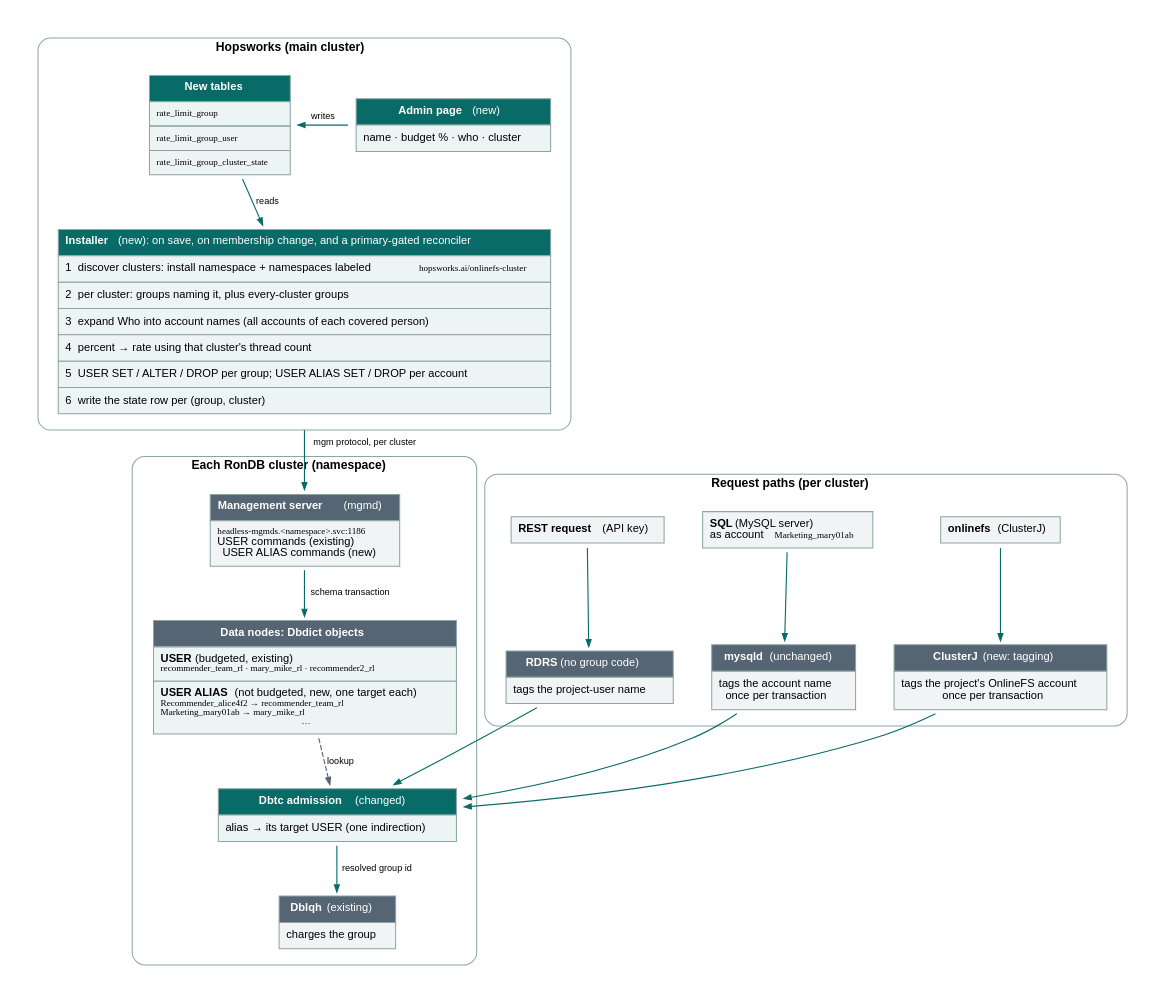
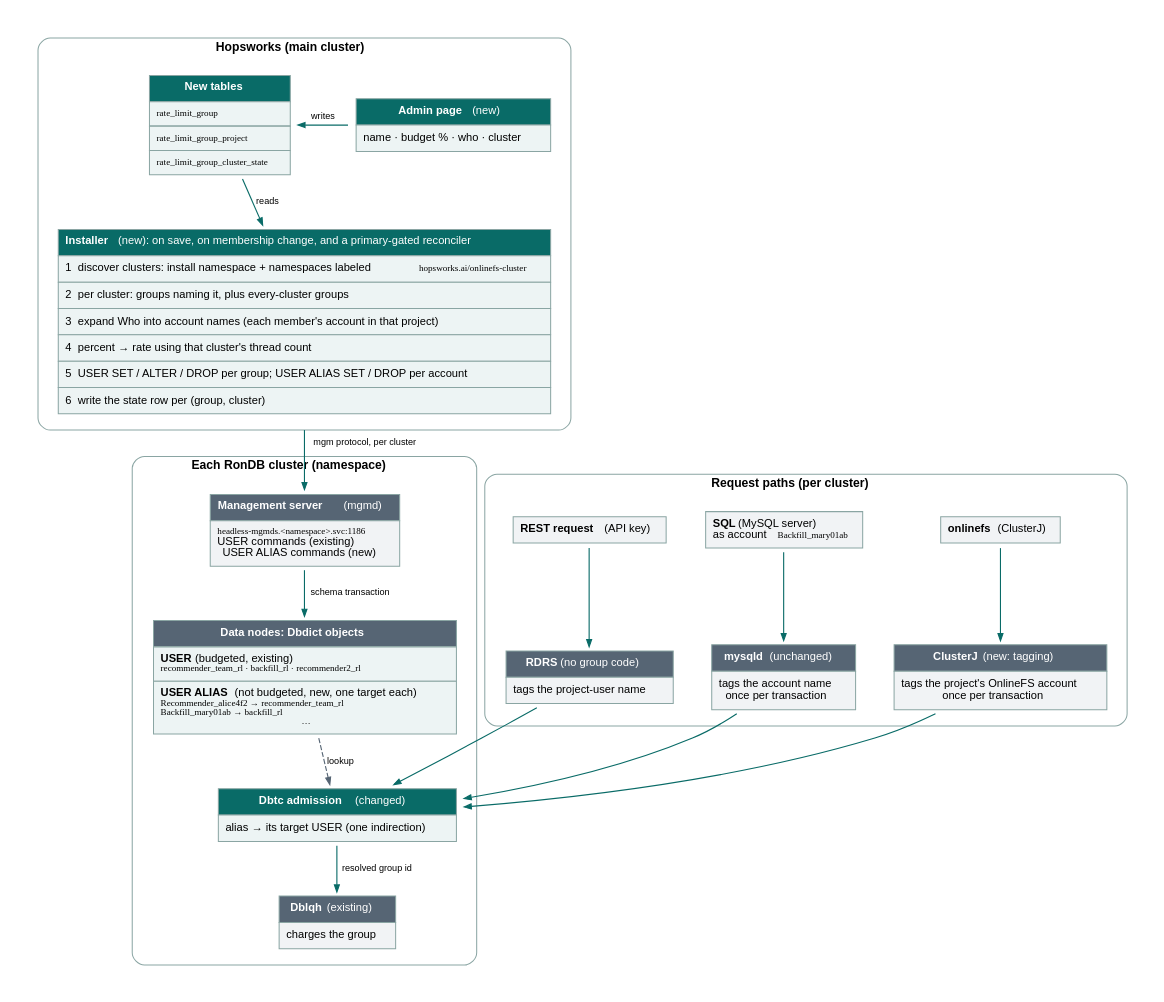
The diagram in storage/ndb/rest-server2/server/docs/rate-limit-groups/img/v2/architecture.dot (logicalclocks/rondb), drawn with Graphviz before and after one commit. The commit also changed 32 other files, not shown here.

```diff
--- a/storage/ndb/rest-server2/server/docs/rate-limit-groups/img/v2/architecture.dot
+++ b/storage/ndb/rest-server2/server/docs/rate-limit-groups/img/v2/architecture.dot
@@ -1,106 +1,106 @@
 digraph architecture {
   rankdir=TB;
   graph [fontname="Helvetica", fontsize=11, pad=0.3, nodesep=0.3, ranksep=0.5, bgcolor="white", compound=true, newrank=true];
   node  [shape=plaintext, fontname="Helvetica", fontsize=11];
   edge  [fontname="Helvetica", fontsize=9, color="#096b67", arrowsize=0.7, penwidth=1.1];
 
   subgraph cluster_hw {
     label=<<B>Hopsworks (main cluster)</B>>; fontsize=12; color="#8aa5a3"; style="rounded"; margin=12;
     admin [label=<
 <TABLE BORDER="0" CELLBORDER="1" CELLSPACING="0" CELLPADDING="6" COLOR="#8aa5a3">
  <TR><TD BGCOLOR="#096b67"><FONT COLOR="white"><B>Admin page</B> (new)</FONT></TD></TR>
  <TR><TD BGCOLOR="#edf4f4" ALIGN="LEFT">name · budget % · who · cluster</TD></TR>
 </TABLE>>];
     newtabs [label=<
 <TABLE BORDER="0" CELLBORDER="1" CELLSPACING="0" CELLPADDING="6" COLOR="#8aa5a3">
  <TR><TD BGCOLOR="#096b67"><FONT COLOR="white"><B>New tables</B></FONT></TD></TR>
  <TR><TD BGCOLOR="#edf4f4" ALIGN="LEFT"><FONT FACE="Menlo" POINT-SIZE="9">rate_limit_group</FONT></TD></TR>
- <TR><TD BGCOLOR="#edf4f4" ALIGN="LEFT"><FONT FACE="Menlo" POINT-SIZE="9">rate_limit_group_user</FONT></TD></TR>
+ <TR><TD BGCOLOR="#edf4f4" ALIGN="LEFT"><FONT FACE="Menlo" POINT-SIZE="9">rate_limit_group_project</FONT></TD></TR>
  <TR><TD BGCOLOR="#edf4f4" ALIGN="LEFT"><FONT FACE="Menlo" POINT-SIZE="9">rate_limit_group_cluster_state</FONT></TD></TR>
 </TABLE>>];
     installer [label=<
 <TABLE BORDER="0" CELLBORDER="1" CELLSPACING="0" CELLPADDING="6" COLOR="#8aa5a3">
  <TR><TD BGCOLOR="#096b67" ALIGN="LEFT"><FONT COLOR="white"><B>Installer</B> (new): on save, on membership change, and a primary-gated reconciler</FONT></TD></TR>
  <TR><TD BGCOLOR="#edf4f4" ALIGN="LEFT">1&nbsp; discover clusters: install namespace + namespaces labeled <FONT FACE="Menlo" POINT-SIZE="9">hopsworks.ai/onlinefs-cluster</FONT></TD></TR>
  <TR><TD BGCOLOR="#edf4f4" ALIGN="LEFT">2&nbsp; per cluster: groups naming it, plus every-cluster groups</TD></TR>
- <TR><TD BGCOLOR="#edf4f4" ALIGN="LEFT">3&nbsp; expand Who into account names (all accounts of each covered person)</TD></TR>
+ <TR><TD BGCOLOR="#edf4f4" ALIGN="LEFT">3&nbsp; expand Who into account names (each member's account in that project)</TD></TR>
  <TR><TD BGCOLOR="#edf4f4" ALIGN="LEFT">4&nbsp; percent → rate using that cluster's thread count</TD></TR>
  <TR><TD BGCOLOR="#edf4f4" ALIGN="LEFT">5&nbsp; USER SET / ALTER / DROP per group; USER ALIAS SET / DROP per account</TD></TR>
  <TR><TD BGCOLOR="#edf4f4" ALIGN="LEFT">6&nbsp; write the state row per (group, cluster)</TD></TR>
 </TABLE>>];
     admin -> newtabs [label="writes", constraint=false];
     newtabs -> installer [label="reads"];
   }
 
   subgraph cluster_rondb {
     label=<<B>Each RonDB cluster (namespace)</B>>; fontsize=12; color="#8aa5a3"; style="rounded"; margin=12;
     mgmd [label=<
 <TABLE BORDER="0" CELLBORDER="1" CELLSPACING="0" CELLPADDING="6" COLOR="#8aa5a3">
  <TR><TD BGCOLOR="#566574"><FONT COLOR="white"><B>Management server</B> (mgmd)</FONT></TD></TR>
  <TR><TD BGCOLOR="#f1f3f5" ALIGN="LEFT"><FONT FACE="Menlo" POINT-SIZE="9">headless-mgmds.&lt;namespace&gt;.svc:1186</FONT><BR ALIGN="LEFT"/>USER commands (existing)<BR ALIGN="LEFT"/>USER ALIAS commands (new)</TD></TR>
 </TABLE>>];
     dict [label=<
 <TABLE BORDER="0" CELLBORDER="1" CELLSPACING="0" CELLPADDING="6" COLOR="#8aa5a3">
  <TR><TD BGCOLOR="#566574"><FONT COLOR="white"><B>Data nodes: Dbdict objects</B></FONT></TD></TR>
- <TR><TD BGCOLOR="#edf4f4" ALIGN="LEFT"><B>USER</B> (budgeted, existing)<BR ALIGN="LEFT"/><FONT FACE="Menlo" POINT-SIZE="9">recommender_team_rl · mary_mike_rl · recommender2_rl</FONT></TD></TR>
- <TR><TD BGCOLOR="#edf4f4" ALIGN="LEFT"><B>USER ALIAS</B> (not budgeted, new, one target each)<BR ALIGN="LEFT"/><FONT FACE="Menlo" POINT-SIZE="9">Recommender_alice4f2 → recommender_team_rl<BR ALIGN="LEFT"/>Marketing_mary01ab → mary_mike_rl<BR ALIGN="LEFT"/>…</FONT></TD></TR>
+ <TR><TD BGCOLOR="#edf4f4" ALIGN="LEFT"><B>USER</B> (budgeted, existing)<BR ALIGN="LEFT"/><FONT FACE="Menlo" POINT-SIZE="9">recommender_team_rl · backfill_rl · recommender2_rl</FONT></TD></TR>
+ <TR><TD BGCOLOR="#edf4f4" ALIGN="LEFT"><B>USER ALIAS</B> (not budgeted, new, one target each)<BR ALIGN="LEFT"/><FONT FACE="Menlo" POINT-SIZE="9">Recommender_alice4f2 → recommender_team_rl<BR ALIGN="LEFT"/>Backfill_mary01ab → backfill_rl<BR ALIGN="LEFT"/>…</FONT></TD></TR>
 </TABLE>>];
     tc [label=<
 <TABLE BORDER="0" CELLBORDER="1" CELLSPACING="0" CELLPADDING="6" COLOR="#8aa5a3">
  <TR><TD BGCOLOR="#096b67"><FONT COLOR="white"><B>Dbtc admission</B> (changed)</FONT></TD></TR>
  <TR><TD BGCOLOR="#edf4f4" ALIGN="LEFT">alias → its target USER (one indirection)</TD></TR>
 </TABLE>>];
     lqh [label=<
 <TABLE BORDER="0" CELLBORDER="1" CELLSPACING="0" CELLPADDING="6" COLOR="#8aa5a3">
  <TR><TD BGCOLOR="#566574"><FONT COLOR="white"><B>Dblqh</B> (existing)</FONT></TD></TR>
  <TR><TD BGCOLOR="#f1f3f5" ALIGN="LEFT">charges the group</TD></TR>
 </TABLE>>];
     mgmd -> dict [label="schema transaction"];
     dict -> tc [label="lookup", style=dashed, color="#566574"];
     tc -> lqh [label="resolved group id"];
   }
 
   subgraph cluster_req {
     label=<<B>Request paths (per cluster)</B>>; fontsize=12; color="#8aa5a3"; style="rounded"; margin=12;
     rest [label=<
 <TABLE BORDER="0" CELLBORDER="1" CELLSPACING="0" CELLPADDING="6" COLOR="#8aa5a3">
  <TR><TD BGCOLOR="#f1f3f5" ALIGN="LEFT"><B>REST request</B> (API key)</TD></TR>
 </TABLE>>];
     rdrs [label=<
 <TABLE BORDER="0" CELLBORDER="1" CELLSPACING="0" CELLPADDING="6" COLOR="#8aa5a3">
  <TR><TD BGCOLOR="#566574"><FONT COLOR="white"><B>RDRS</B> (no group code)</FONT></TD></TR>
  <TR><TD BGCOLOR="#f1f3f5" ALIGN="LEFT">tags the project-user name</TD></TR>
 </TABLE>>];
     sql [label=<
 <TABLE BORDER="0" CELLBORDER="1" CELLSPACING="0" CELLPADDING="6" COLOR="#8aa5a3">
- <TR><TD BGCOLOR="#f1f3f5" ALIGN="LEFT"><B>SQL</B> (MySQL server)<BR ALIGN="LEFT"/>as account <FONT FACE="Menlo" POINT-SIZE="9">Marketing_mary01ab</FONT></TD></TR>
+ <TR><TD BGCOLOR="#f1f3f5" ALIGN="LEFT"><B>SQL</B> (MySQL server)<BR ALIGN="LEFT"/>as account <FONT FACE="Menlo" POINT-SIZE="9">Backfill_mary01ab</FONT></TD></TR>
 </TABLE>>];
     mysqld [label=<
 <TABLE BORDER="0" CELLBORDER="1" CELLSPACING="0" CELLPADDING="6" COLOR="#8aa5a3">
  <TR><TD BGCOLOR="#566574"><FONT COLOR="white"><B>mysqld</B> (unchanged)</FONT></TD></TR>
  <TR><TD BGCOLOR="#f1f3f5" ALIGN="LEFT">tags the account name<BR ALIGN="LEFT"/>once per transaction</TD></TR>
 </TABLE>>];
     onlinefs [label=<
 <TABLE BORDER="0" CELLBORDER="1" CELLSPACING="0" CELLPADDING="6" COLOR="#8aa5a3">
  <TR><TD BGCOLOR="#f1f3f5" ALIGN="LEFT"><B>onlinefs</B> (ClusterJ)</TD></TR>
 </TABLE>>];
     cj [label=<
 <TABLE BORDER="0" CELLBORDER="1" CELLSPACING="0" CELLPADDING="6" COLOR="#8aa5a3">
  <TR><TD BGCOLOR="#566574"><FONT COLOR="white"><B>ClusterJ</B> (new: tagging)</FONT></TD></TR>
  <TR><TD BGCOLOR="#f1f3f5" ALIGN="LEFT">tags the project&apos;s OnlineFS account<BR ALIGN="LEFT"/>once per transaction</TD></TR>
 </TABLE>>];
     rest -> rdrs;
     sql -> mysqld;
     onlinefs -> cj;
   }
 
   installer -> mgmd [label="mgm protocol, per cluster", ltail=cluster_hw];
   rdrs -> tc;
   mysqld -> tc;
   cj -> tc;
 
   { rank=same; admin; newtabs; }
   { rank=same; mgmd; rest; sql; onlinefs; }
   { rank=same; dict; rdrs; mysqld; cj; }
   { rank=same; tc; }
 }
```
